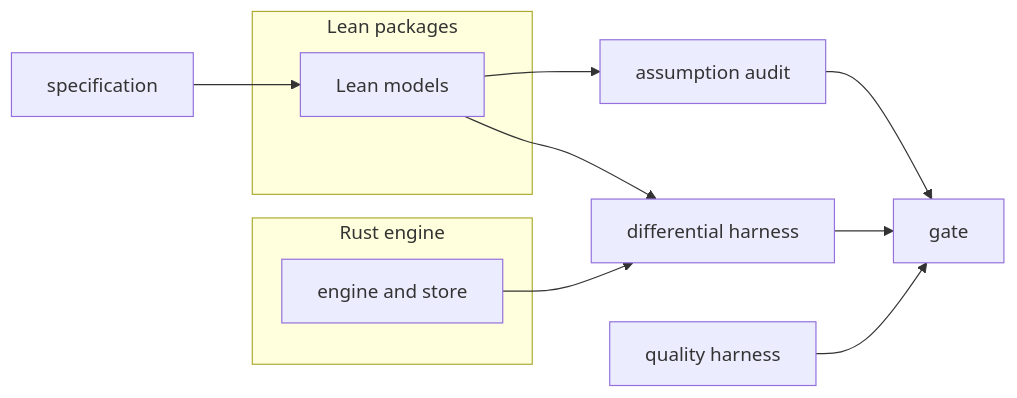
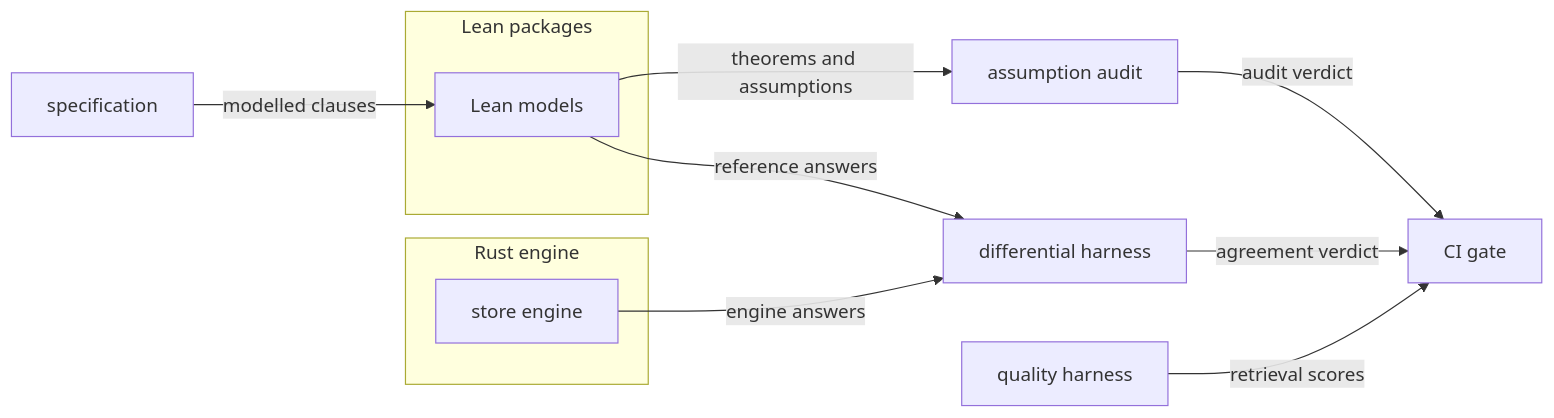
One commit to fractalboxdev/contextful changed the diagram in spec/guide/assurance.md. Above: the diagram before and after it, drawn with Mermaid. The commit also changed 31 other files, not shown here.

First line of the commit message:
spec: every diagram draws things as nodes and what flows as labelled edges

````diff
--- a/spec/guide/assurance.md
+++ b/spec/guide/assurance.md
@@ -35,16 +35,16 @@
 ```mermaid
 flowchart LR
-  SPEC["specification"] --> MODEL
+  SPEC["specification"] -->|"modelled clauses"| MODEL
   subgraph lean["Lean packages"]
     MODEL["Lean models"]
   end
   subgraph rust["Rust engine"]
-    ENGINE["engine and store"]
+    ENGINE["store engine"]
   end
-  MODEL --> AUDIT["assumption audit"]
-  MODEL --> DIFF["differential harness"]
-  ENGINE --> DIFF
-  AUDIT --> GATE["gate"]
-  DIFF --> GATE
-  EVAL["quality harness"] --> GATE
+  MODEL -->|"theorems and assumptions"| AUDIT["assumption audit"]
+  MODEL -->|"reference answers"| DIFF["differential harness"]
+  ENGINE -->|"engine answers"| DIFF
+  AUDIT -->|"audit verdict"| GATE["CI gate"]
+  DIFF -->|"agreement verdict"| GATE
+  EVAL["quality harness"] -->|"retrieval scores"| GATE
 ```
````
